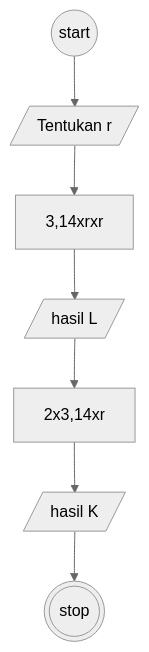
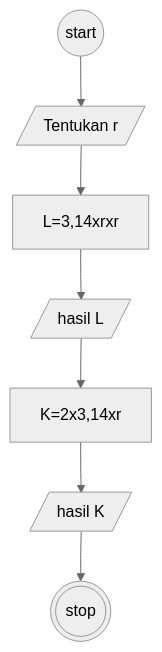
The diagram in minitask5.md (hilmy07/koda-b4-algoritma), drawn with Mermaid (neutral theme) before and after one commit.

````diff
--- a/minitask5.md
+++ b/minitask5.md
@@ -3,11 +3,11 @@
 ```mermaid
 flowchart TD;
 
 strt((start))-->a[/Tentukan r/];
-a[/Tentukan r/]-->3,14xrxr;
-3,14xrxr-->l[/"hasil L"/];
-l[/"hasil L"/]-->2x3,14xr;
-2x3,14xr-->k[/"hasil K"/];
+a[/Tentukan r/]-->L[L=3,14xrxr];
+L[L=3,14xrxr]-->l[/"hasil L"/];
+l[/"hasil L"/]-->K[K=2x3,14xr];
+K[K=2x3,14xr]-->k[/"hasil K"/];
 k[/"hasil K"/]-->stp(((stop)));
 
 ```
````
